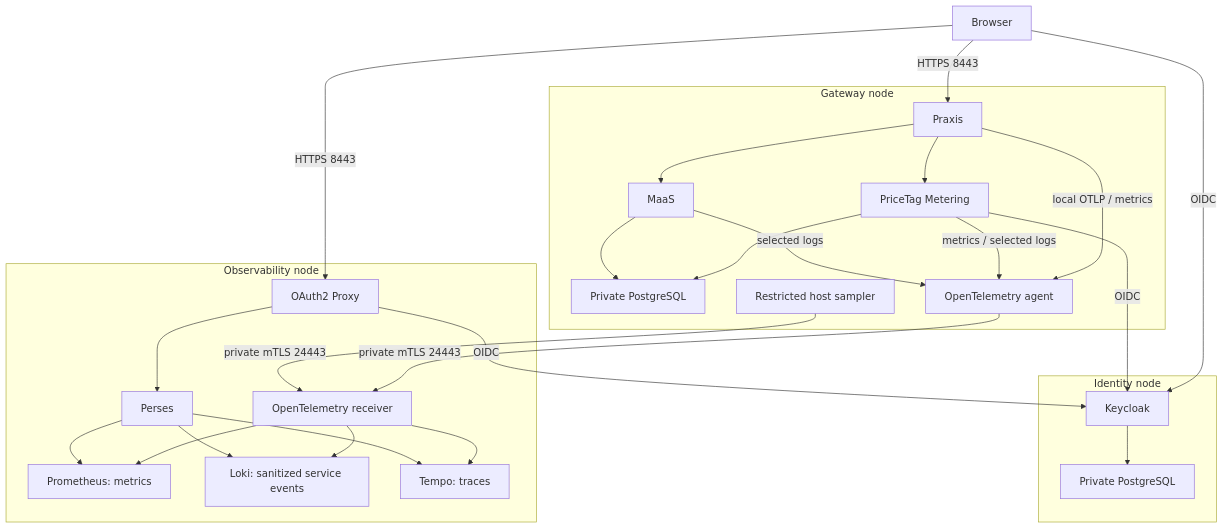
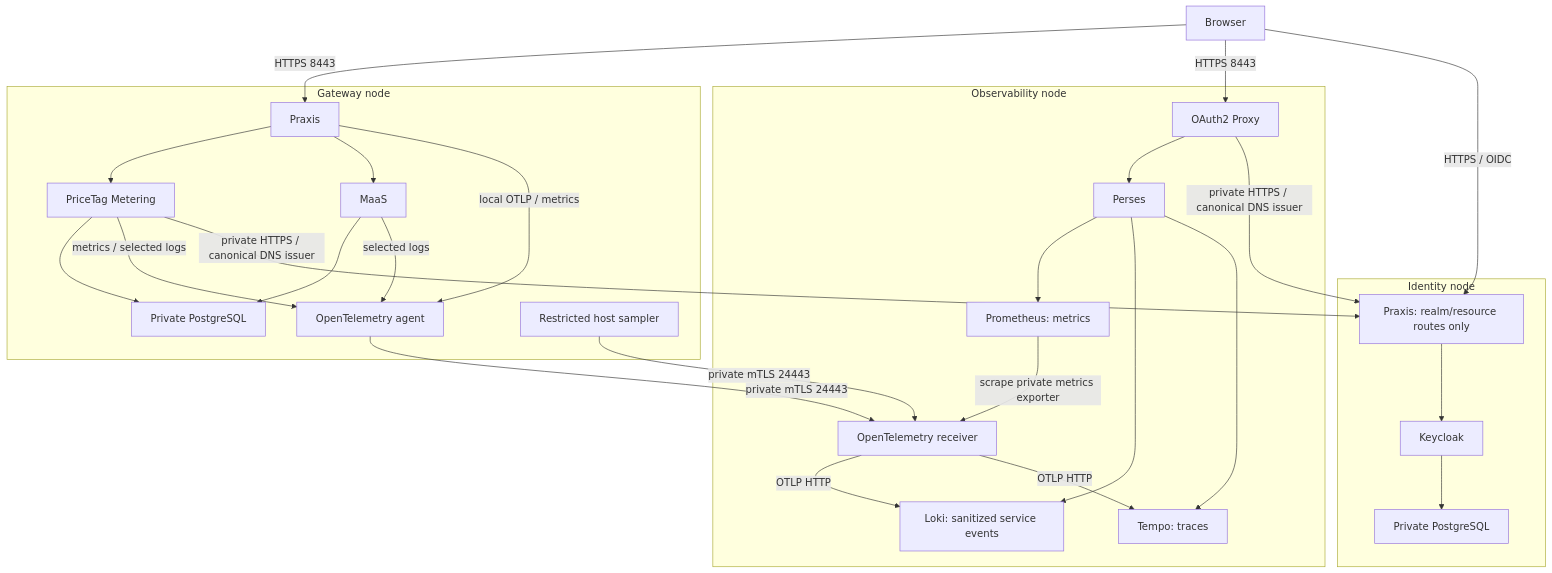
Before and after one commit to Ladas/enmaas-mini: the diagram in docs/testing/external-services/topology.md, drawn with Mermaid. The commit also changed other lines of this file and 229 other files, not shown here.

````diff
--- a/docs/testing/external-services/topology.md
+++ b/docs/testing/external-services/topology.md
@@ -12,46 +12,48 @@
 ```mermaid
 flowchart TB
   Browser["Browser"]
   subgraph Identity["Identity node"]
+    IssuerProxy["Praxis: realm/resource routes only"]
     KC["Keycloak"]
+    IssuerProxy --> KC
     KDB["Private PostgreSQL"]
     KC --> KDB
   end
   subgraph Gateway["Gateway node"]
     PX["Praxis"]
     PT["PriceTag Metering"]
     MAAS["MaaS"]
     DB["Private PostgreSQL"]
     Agent["OpenTelemetry agent"]
     Host["Restricted host sampler"]
     PX --> PT
     PX --> MAAS
     PT --> DB
     MAAS --> DB
     PX -->|"local OTLP / metrics"| Agent
     PT -->|"metrics / selected logs"| Agent
     MAAS -->|"selected logs"| Agent
   end
   subgraph Observation["Observability node"]
     Receiver["OpenTelemetry receiver"]
     Prom["Prometheus: metrics"]
     Loki["Loki: sanitized service events"]
     Tempo["Tempo: traces"]
     Auth["OAuth2 Proxy"]
     Perses["Perses"]
-    Receiver --> Prom
-    Receiver --> Loki
-    Receiver --> Tempo
+    Prom -->|"scrape private metrics exporter"| Receiver
+    Receiver -->|"OTLP HTTP"| Loki
+    Receiver -->|"OTLP HTTP"| Tempo
     Auth --> Perses
     Perses --> Prom
     Perses --> Loki
     Perses --> Tempo
   end
   Browser -->|"HTTPS 8443"| PX
   Browser -->|"HTTPS 8443"| Auth
-  Browser -->|"OIDC"| KC
-  PT -->|"OIDC"| KC
-  Auth -->|"OIDC"| KC
+  Browser -->|"HTTPS / OIDC"| IssuerProxy
+  PT -->|"private HTTPS / canonical DNS issuer"| IssuerProxy
+  Auth -->|"private HTTPS / canonical DNS issuer"| IssuerProxy
   Agent -->|"private mTLS 24443"| Receiver
   Host -->|"private mTLS 24443"| Receiver
 ```
````
